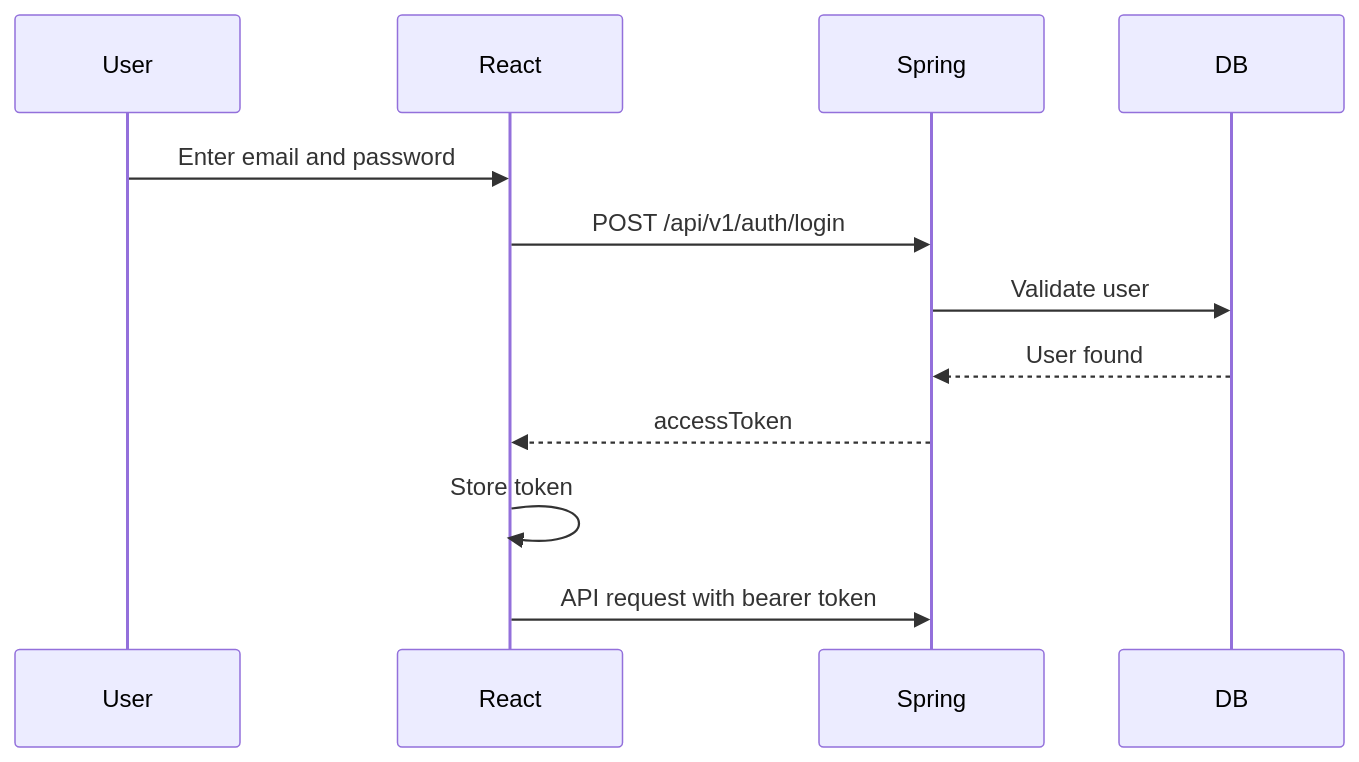
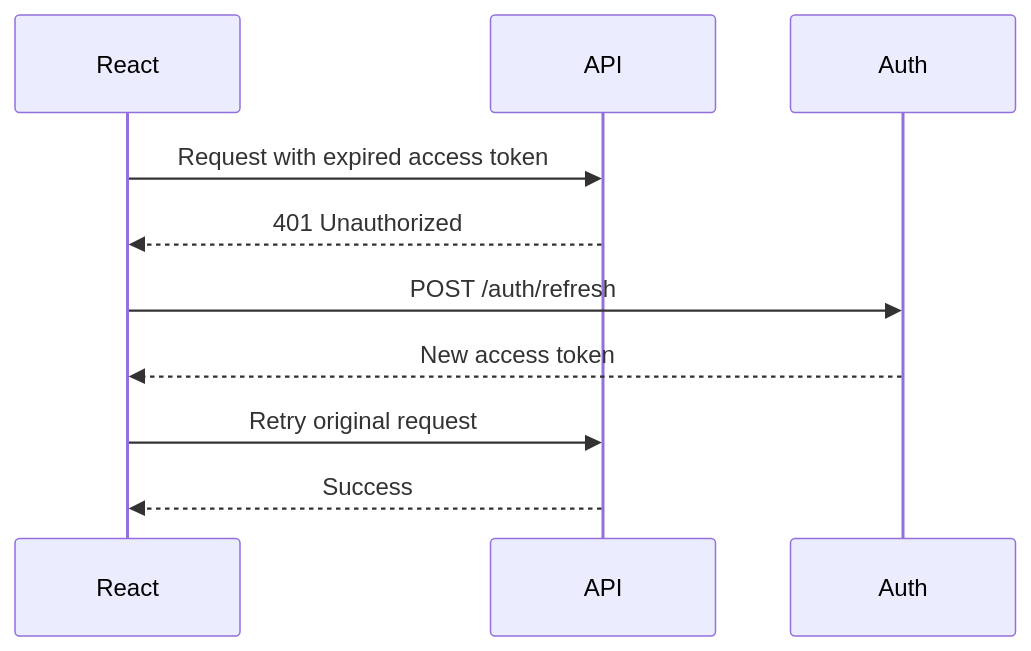
One commit to mthaiseer/springcloud-systemdesign-notes changed the tenth of 11 diagrams in HLD_NOTES/003_TECHNOLOGY_DEEP_DIVE/fullstack/001_REACT_GUIDE.md. Above: the diagram before and after it, drawn with Mermaid. The commit also changed other lines of this file and 1 other file, not shown here.

````diff
--- a/HLD_NOTES/003_TECHNOLOGY_DEEP_DIVE/fullstack/001_REACT_GUIDE.md
+++ b/HLD_NOTES/003_TECHNOLOGY_DEEP_DIVE/fullstack/001_REACT_GUIDE.md
@@ -1022,15 +1250,13 @@
 ```mermaid
 sequenceDiagram
-    participant User
     participant React
-    participant Spring
-    participant DB
+    participant API
+    participant Auth
 
-    User->>React: Enter email and password
-    React->>Spring: POST /api/v1/auth/login
-    Spring->>DB: Validate user
-    DB-->>Spring: User found
-    Spring-->>React: accessToken
-    React->>React: Store token
-    React->>Spring: API request with bearer token
+    React->>API: Request with expired access token
+    API-->>React: 401 Unauthorized
+    React->>Auth: POST /auth/refresh
+    Auth-->>React: New access token
+    React->>API: Retry original request
+    API-->>React: Success
 ```
````
